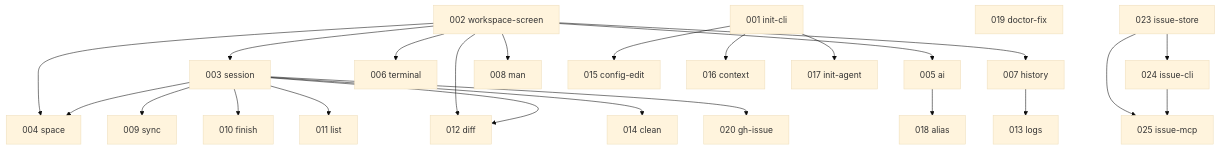
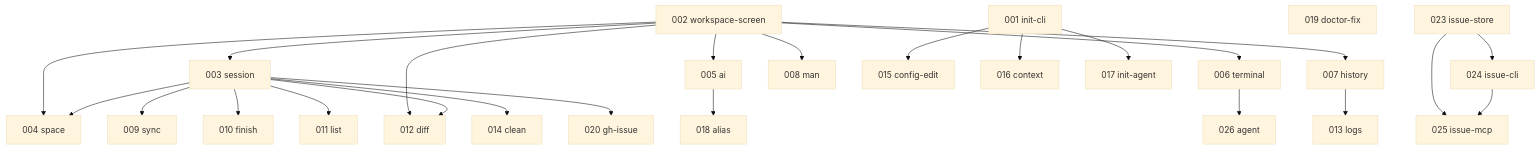
The diagram in issues/README.md (kkyosuke/usagi), drawn with Mermaid (base theme) before and after one commit. The commit also changed other lines of this file and 11 other files, not shown here.

````diff
--- a/issues/README.md
+++ b/issues/README.md
@@ -44,31 +45,32 @@
 ```mermaid
 graph TD
     001[001 init-cli]
     002[002 workspace-screen]
     003[003 session]
     019[019 doctor-fix]
 
     002 --> 003
     002 --> 004[004 space]
     003 --> 004
     002 --> 005[005 ai]
     002 --> 006[006 terminal]
+    006 --> 026[026 agent]
     002 --> 007[007 history]
     002 --> 008[008 man]
     003 --> 009[009 sync]
     003 --> 010[010 finish]
     003 --> 011[011 list]
     002 --> 012[012 diff]
     003 --> 012
     007 --> 013[013 logs]
     003 --> 014[014 clean]
     001 --> 015[015 config-edit]
     001 --> 016[016 context]
     001 --> 017[017 init-agent]
     005 --> 018[018 alias]
     003 --> 020[020 gh-issue]
     023[023 issue-store]
     023 --> 024[024 issue-cli]
     023 --> 025[025 issue-mcp]
     024 --> 025
 ```
````
